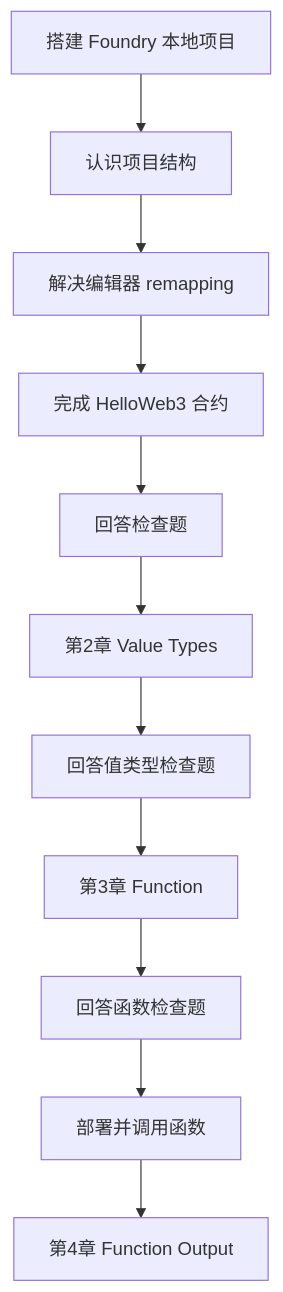
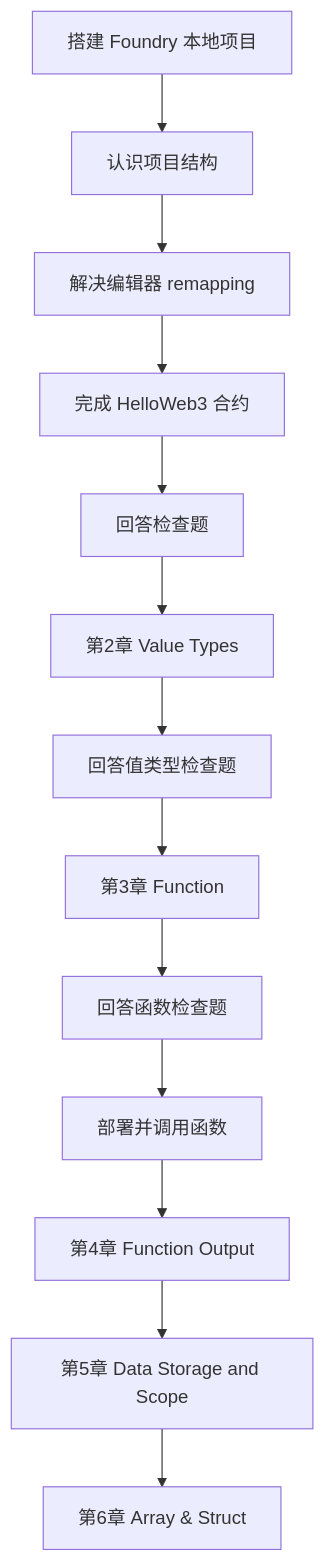
The fourth of 4 diagrams in 交接记录.md (daxiguaguagua-hash/wtf-academy-learning), drawn with Mermaid before and after one commit. The commit also changed other lines of this file and 2 other files, not shown here.

````diff
--- a/交接记录.md
+++ b/交接记录.md
@@ -143,13 +152,15 @@
 ```mermaid
 flowchart TD
 A[搭建 Foundry 本地项目] --> B[认识项目结构]
 B --> C[解决编辑器 remapping]
 C --> D[完成 HelloWeb3 合约]
 D --> E[回答检查题]
 E --> F[第2章 Value Types]
 F --> G[回答值类型检查题]
 G --> H[第3章 Function]
 H --> I[回答函数检查题]
 I --> J[部署并调用函数]
 J --> K[第4章 Function Output]
+K --> L[第5章 Data Storage and Scope]
+L --> M[第6章 Array & Struct]
 ```
````
